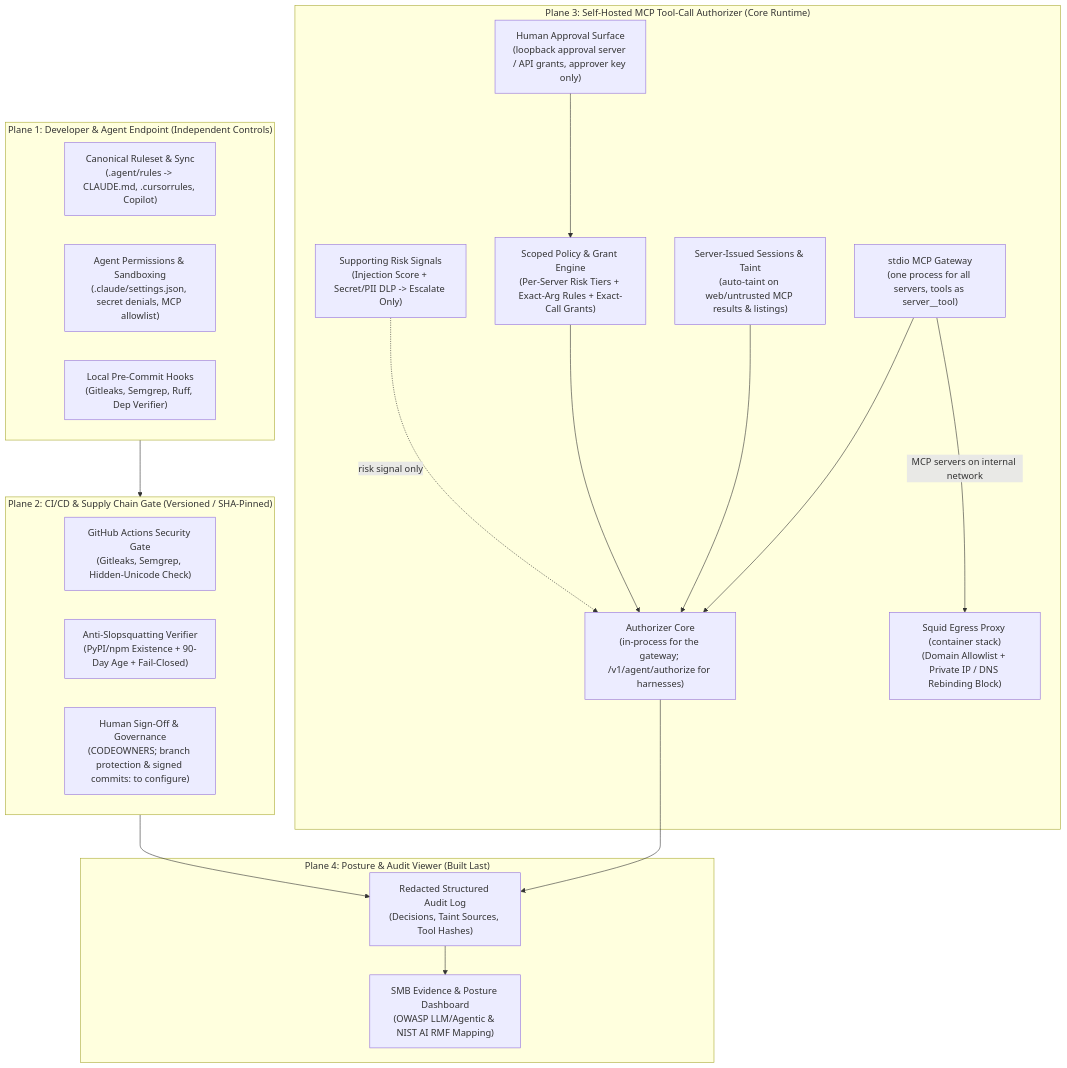
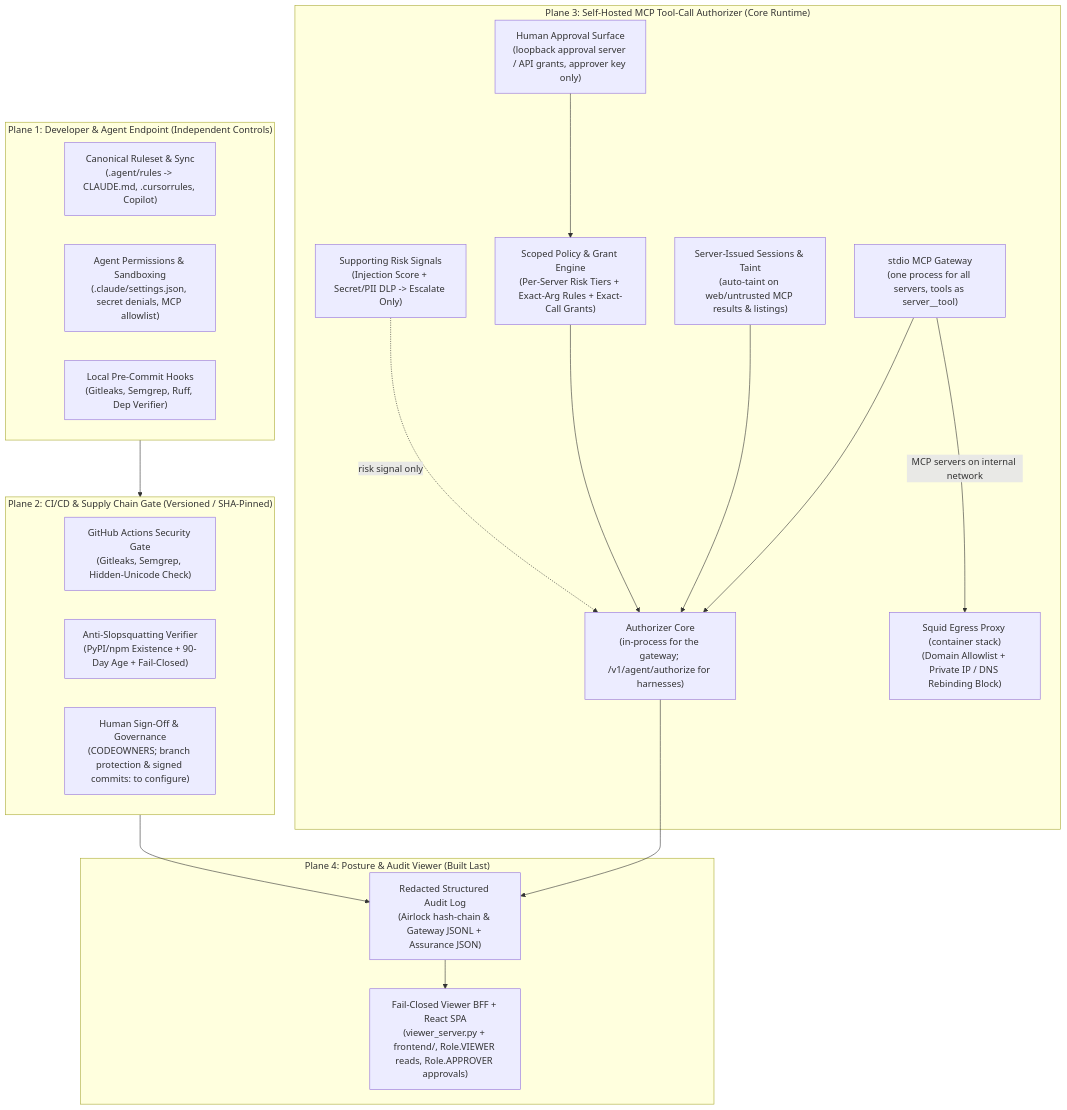
Before and after one commit to OramramLLC/mellyn_security: the diagram in docs/ARCHITECTURE.md, drawn with Mermaid. The commit also changed other lines of this file and 23 other files, not shown here.

First line of the commit message:
Add evidence viewer with separate read-only viewer key

````diff
--- a/docs/ARCHITECTURE.md
+++ b/docs/ARCHITECTURE.md
@@ -20,40 +20,40 @@
 ```mermaid
 flowchart TB
     subgraph DevPlane["Plane 1: Developer & Agent Endpoint (Independent Controls)"]
         Rules["Canonical Ruleset & Sync<br/>(.agent/rules -> CLAUDE.md, .cursorrules, Copilot)"]
         Sandbox["Agent Permissions & Sandboxing<br/>(.claude/settings.json, secret denials, MCP allowlist)"]
         PreCommit["Local Pre-Commit Hooks<br/>(Gitleaks, Semgrep, Ruff, Dep Verifier)"]
     end
 
     subgraph CICDPlane["Plane 2: CI/CD & Supply Chain Gate (Versioned / SHA-Pinned)"]
         CI["GitHub Actions Security Gate<br/>(Gitleaks, Semgrep, Hidden-Unicode Check)"]
         DepCheck["Anti-Slopsquatting Verifier<br/>(PyPI/npm Existence + 90-Day Age + Fail-Closed)"]
         Attest["Human Sign-Off & Governance<br/>(CODEOWNERS; branch protection & signed commits: to configure)"]
     end
 
     subgraph RuntimePlane["Plane 3: Self-Hosted MCP Tool-Call Authorizer (Core Runtime)"]
         Gateway["stdio MCP Gateway<br/>(one process for all servers, tools as server__tool)"]
         Auth["Authorizer Core<br/>(in-process for the gateway; /v1/agent/authorize for harnesses)"]
         Taint["Server-Issued Sessions & Taint<br/>(auto-taint on web/untrusted MCP results & listings)"]
         Policy["Scoped Policy & Grant Engine<br/>(Per-Server Risk Tiers + Exact-Arg Rules + Exact-Call Grants)"]
         Approver["Human Approval Surface<br/>(loopback approval server / API grants, approver key only)"]
         Gateway --> Auth
         Signals["Supporting Risk Signals<br/>(Injection Score + Secret/PII DLP -> Escalate Only)"]
         Egress["Squid Egress Proxy (container stack)<br/>(Domain Allowlist + Private IP / DNS Rebinding Block)"]
         Taint --> Auth
         Policy --> Auth
         Approver --> Policy
         Signals -.->|"risk signal only"| Auth
         Gateway -->|"MCP servers on internal network"| Egress
     end
 
     subgraph ControlPlane["Plane 4: Posture & Audit Viewer (Built Last)"]
-        Audit["Redacted Structured Audit Log<br/>(Decisions, Taint Sources, Tool Hashes)"]
-        UI["SMB Evidence & Posture Dashboard<br/>(OWASP LLM/Agentic & NIST AI RMF Mapping)"]
-        Audit --> UI
+        Viewer["Fail-Closed Viewer BFF + React SPA<br/>(viewer_server.py + frontend/, Role.VIEWER reads, Role.APPROVER approvals)"]
+        Audit["Redacted Structured Audit Log<br/>(Airlock hash-chain &amp; Gateway JSONL + Assurance JSON)"]
+        Audit --> Viewer
     end
 
     DevPlane --> CICDPlane
     Auth --> Audit
     CICDPlane --> Audit
 ```
````
